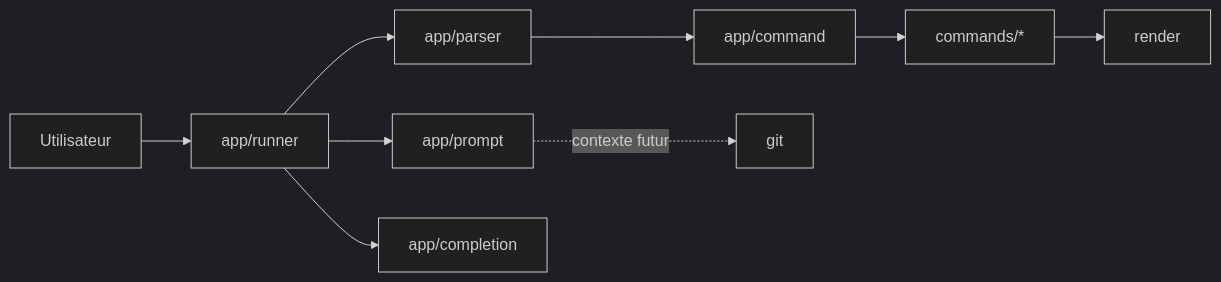
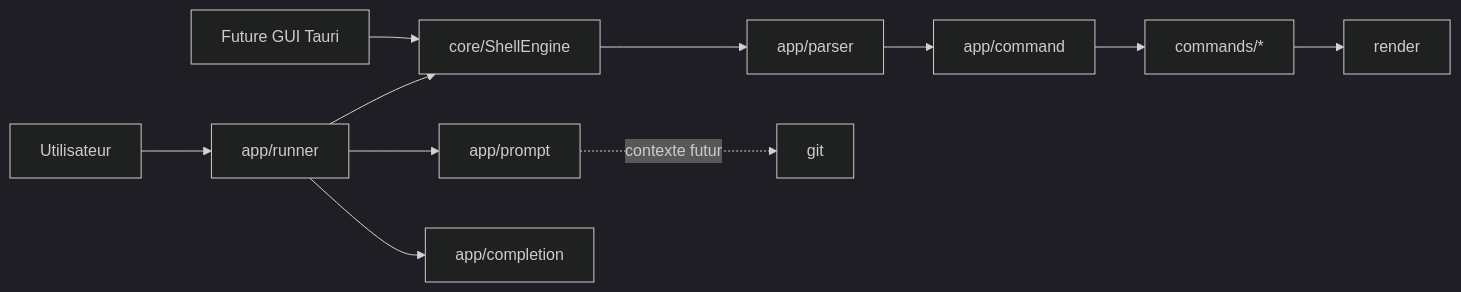
Before and after one commit to Blazorde/terminal_rust: the diagram in docs/architecture/overview.md, drawn with Mermaid (dark theme). The commit also changed other lines of this file and 18 other files, not shown here.

Commit message:
feat(core): expose reusable shell engine

````diff
--- a/docs/architecture/overview.md
+++ b/docs/architecture/overview.md
@@ -9,11 +10,13 @@
 ```mermaid
 flowchart LR
     User[Utilisateur] --> Runner[app/runner]
-    Runner --> Parser[app/parser]
+    Runner --> Engine[core/ShellEngine]
+    GUI[Future GUI Tauri] --> Engine
+    Engine --> Parser[app/parser]
     Parser --> Dispatcher[app/command]
     Dispatcher --> Commands[commands/*]
     Commands --> Render[render]
     Runner --> Prompt[app/prompt]
     Prompt -. contexte futur .-> Git[git]
     Runner --> Completion[app/completion]
 ```
````
